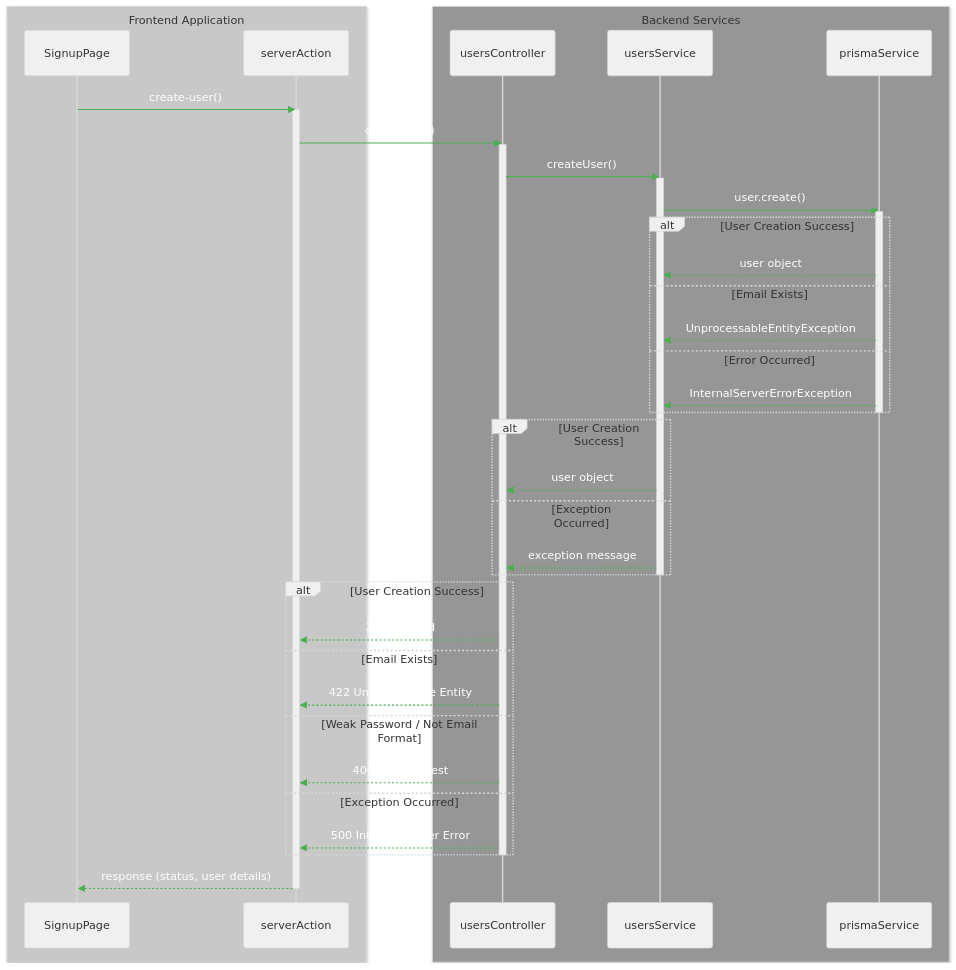
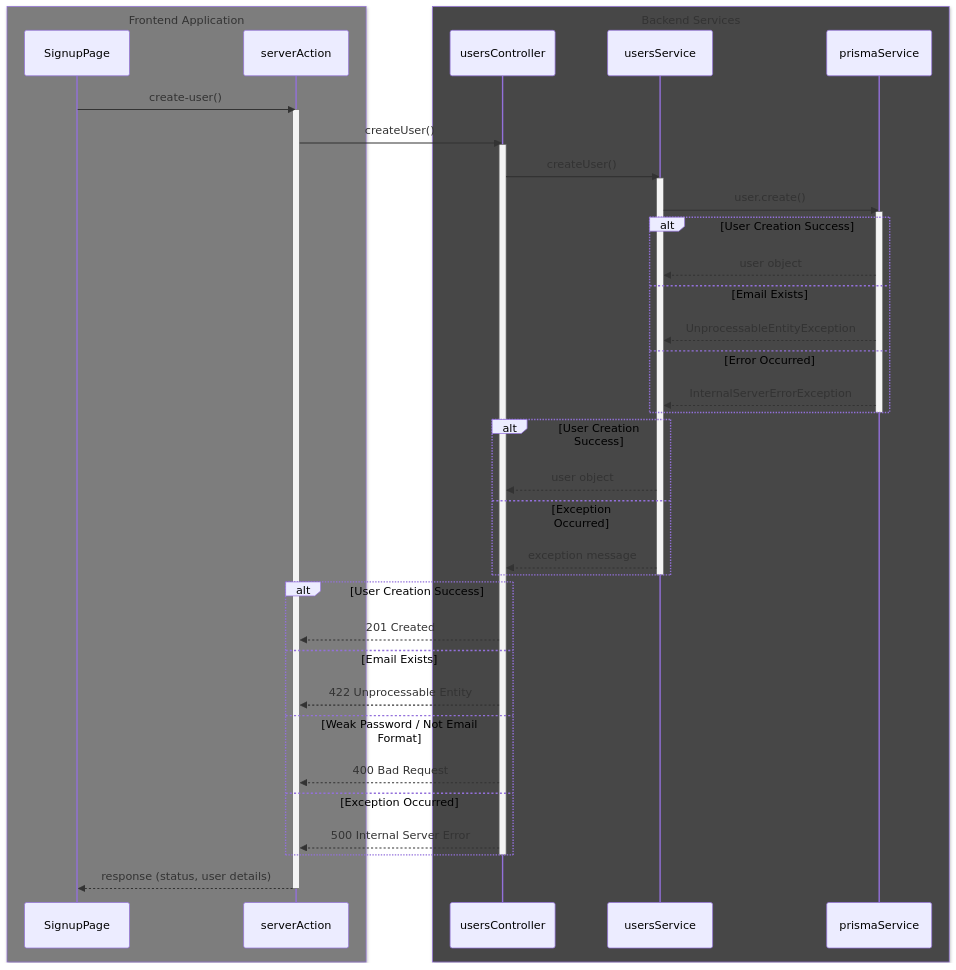
Before and after one commit to ranganadh2014/my-mart-be: the diagram in docs/sequence_diagrams/signup.md, drawn with Mermaid.

Commit message:
signup sequence diagram

````diff
--- a/docs/sequence_diagrams/signup.md
+++ b/docs/sequence_diagrams/signup.md
@@ -1,60 +1,67 @@
 ```mermaid
 sequenceDiagram
-    %%{init: {'theme': 'base', 'themeVariables': { 'primaryColor': '#f0f0f0', 'signalColor': '#4CAF50', 'signalTextColor': '#ffffff'}}}%%
+
+    %%{init: {'theme': 'base', 'themeVariables': { 
+        'primaryColor': '#000000',  // Darker background for boxes
+        'edgeColor': '#3e3e3e',      // White edges for better visibility
+        'nodeTextColor': '#3e3e3e',  // White text for better contrast
+        'signalColor': '#00ff00',    // Bright green signals
+        'background': '#1a1a1a'       // Dark background for the entire diagram
+    }}}%%
     
-    box rgb(200, 200, 200) Frontend Application
+    box rgb(125, 125, 125) Frontend Application
         participant SignupPage
         participant serverAction
     end
     
-    box rgb(150, 150, 150) Backend Services
+    box rgb(71, 71, 71) Backend Services
         participant usersController
         participant usersService
         participant prismaService
     end
     
     SignupPage->>serverAction: create-user()
     activate serverAction
     
     serverAction->>usersController: createUser()
     activate usersController
     
     usersController->>usersService: createUser()
     activate usersService
     
     usersService->>prismaService: user.create()
     activate prismaService
     
     alt User Creation Success
         prismaService-->>usersService: user object
     else Email Exists
         prismaService-->>usersService: UnprocessableEntityException
     else Error Occurred
         prismaService-->>usersService: InternalServerErrorException
     end
     
     deactivate prismaService
     
     alt User Creation Success
         usersService-->>usersController: user object
     else Exception Occurred
         usersService-->>usersController: exception message
     end
     
     deactivate usersService
     
     alt User Creation Success
         usersController-->>serverAction: 201 Created
     else Email Exists
         usersController-->>serverAction: 422 Unprocessable Entity
     else Weak Password / Not Email Format
         usersController-->>serverAction: 400 Bad Request
     else Exception Occurred
         usersController-->>serverAction: 500 Internal Server Error
     end
     
     deactivate usersController
     
     serverAction-->>SignupPage: response (status, user details)
     deactivate serverAction
 ```
````
